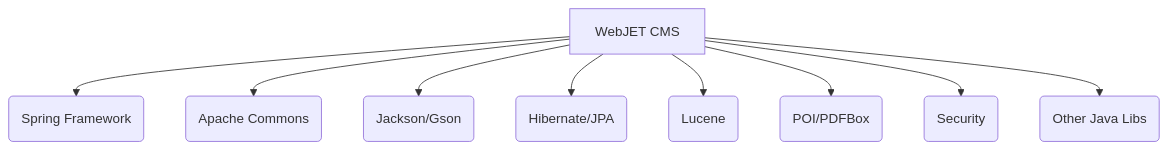
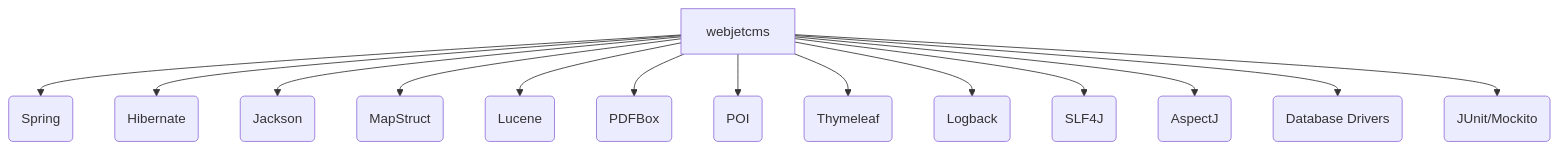
The diagram in aidocs/CIAR.md (crafted-by-art/webjetcms), drawn with Mermaid before and after one commit. The commit also changed other lines of this file, not shown here.

````diff
--- a/aidocs/CIAR.md
+++ b/aidocs/CIAR.md
@@ -59,11 +48,16 @@
 ```mermaid
-flowchart TD
-    A[WebJET CMS] --> B(Spring Framework)
-    A --> C(Apache Commons)
-    A --> D(Jackson/Gson)
-    A --> E(Hibernate/JPA)
-    A --> F(Lucene)
-    A --> G(POI/PDFBox)
-    A --> H(Security)
-    A --> I(Other Java Libs)
+graph TD
+  A[webjetcms] --> B(Spring)
+  A --> C(Hibernate)
+  A --> D(Jackson)
+  A --> E(MapStruct)
+  A --> F(Lucene)
+  A --> G(PDFBox)
+  A --> H(POI)
+  A --> I(Thymeleaf)
+  A --> J(Logback)
+  A --> K(SLF4J)
+  A --> L(AspectJ)
+  A --> M(Database Drivers)
+  A --> N(JUnit/Mockito)
 ```
````
